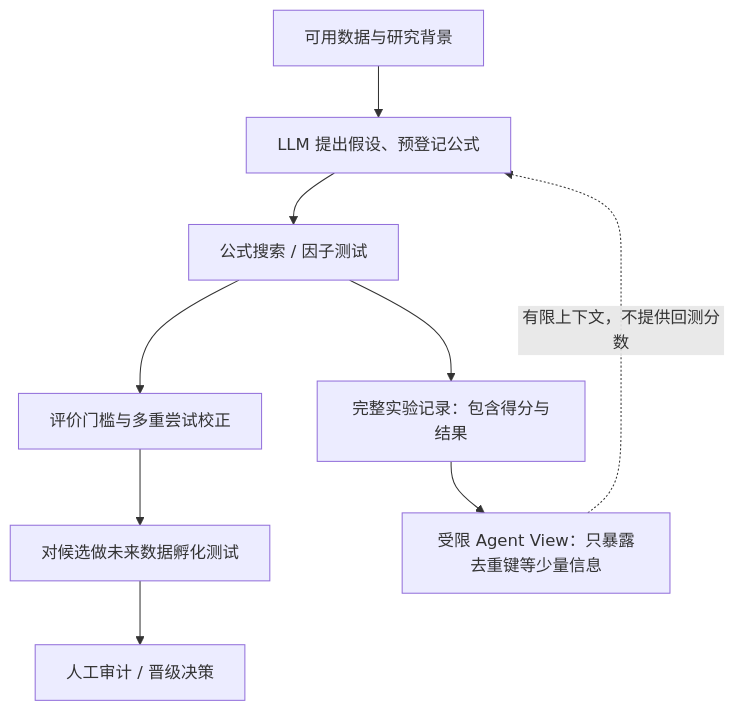
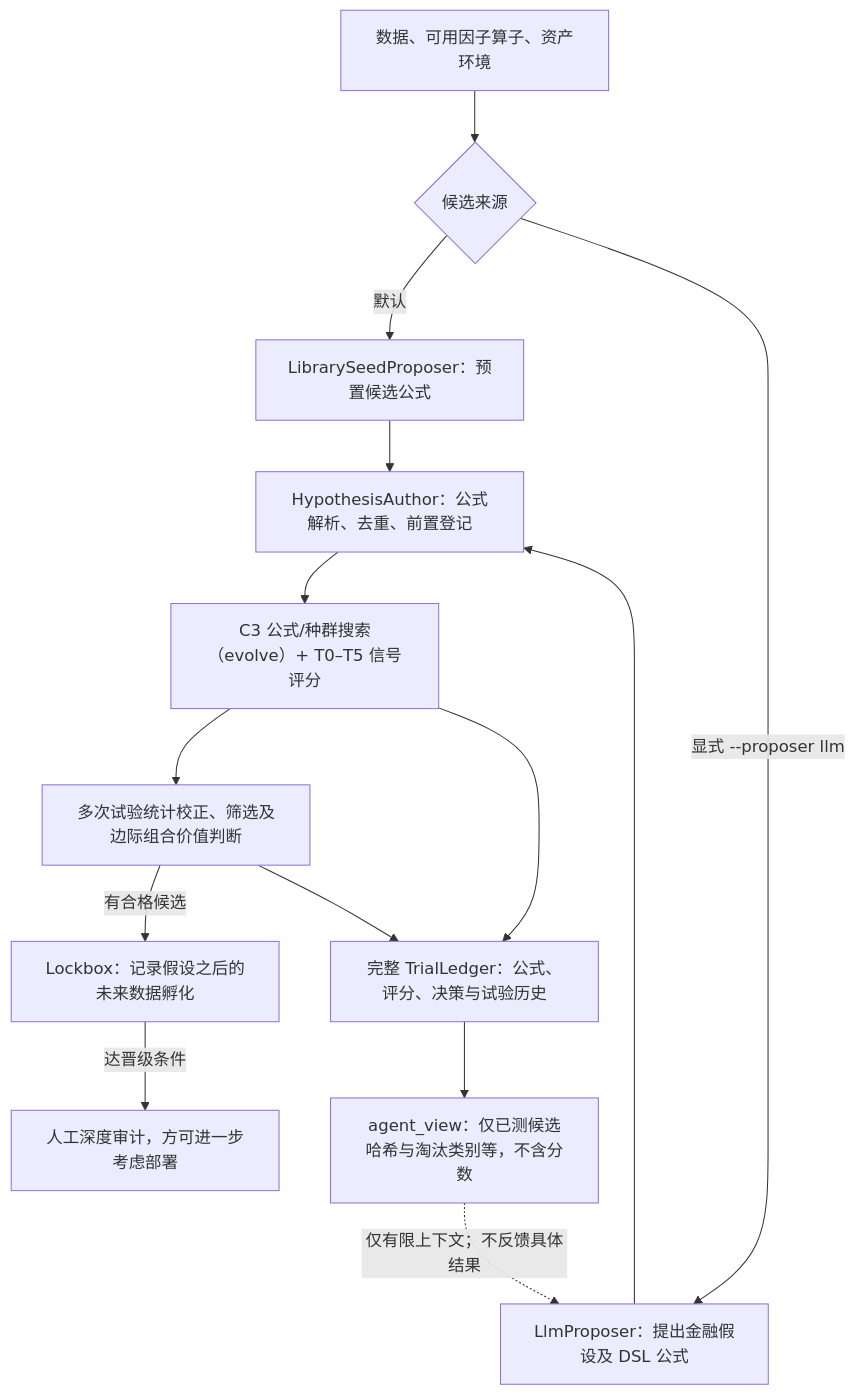
The diagram in projects/G001/README.md (epshoron/JXwork), drawn with Mermaid before and after one commit. The commit also changed other lines of this file, not shown here.

Commit message:
research(G001): replace preliminary Crucible skeleton with source-verified control flow and opt-in LLM caveat

````diff
--- a/projects/G001/README.md
+++ b/projects/G001/README.md
@@ -10,11 +15,16 @@
 ```mermaid
 flowchart TB
-  D["可用数据与研究背景"] --> P["LLM 提出假设、预登记公式"]
-  P --> M["公式搜索 / 因子测试"]
-  M --> V["评价门槛与多重尝试校正"]
-  V --> L["对候选做未来数据孵化测试"]
-  L --> H["人工审计 / 晋级决策"]
-  M --> LEDGER["完整实验记录：包含得分与结果"]
-  LEDGER --> VIEW["受限 Agent View：只暴露去重键等少量信息"]
-  VIEW -. "有限上下文，不提供回测分数" .-> P
+    DATA["数据、可用因子算子、资产环境"] --> SOURCE{"候选来源"}
+    SOURCE -->|"默认"| LIB["LibrarySeedProposer：预置候选公式"]
+    SOURCE -->|"显式 --proposer llm"| LLM["LlmProposer：提出金融假设及 DSL 公式"]
+    LIB --> AUTHOR["HypothesisAuthor：公式解析、去重、前置登记"]
+    LLM --> AUTHOR
+    AUTHOR --> MINE["C3 公式/种群搜索（evolve）+ T0–T5 信号评分"]
+    MINE --> GATE["多次试验统计校正、筛选及边际组合价值判断"]
+    GATE -->|"有合格候选"| LOCK["Lockbox：记录假设之后的未来数据孵化"]
+    LOCK -->|"达晋级条件"| HUMAN["人工深度审计，方可进一步考虑部署"]
+    MINE --> LEDGER["完整 TrialLedger：公式、评分、决策与试验历史"]
+    GATE --> LEDGER
+    LEDGER --> VIEW["agent_view：仅已测候选哈希与淘汰类别等，不含分数"]
+    VIEW -. "仅有限上下文；不反馈具体结果" .-> LLM
 ```
````
